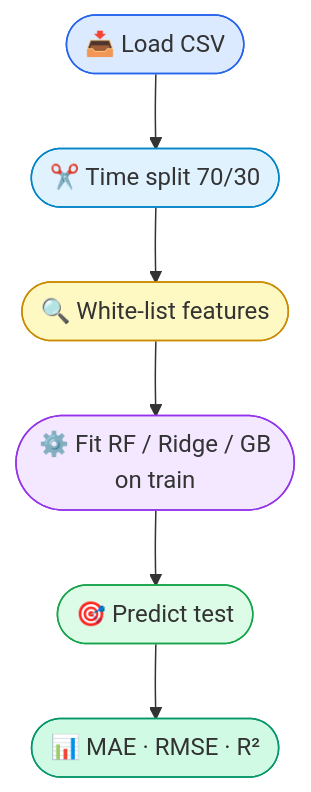
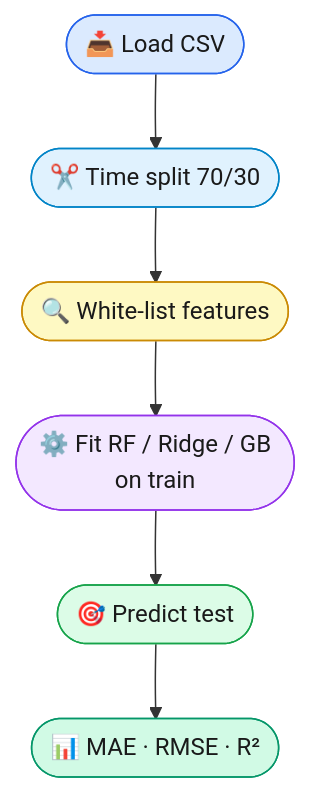
The third of 7 diagrams in README.md (Misha-42/soda-ml-carbonation-control), drawn with Mermaid before and after one commit. The commit also changed other lines of this file, not shown here.

````diff
--- a/README.md
+++ b/README.md
@@ -101,15 +101,15 @@
 ```mermaid
 graph TB
     A([📥 Load CSV]) --> B([✂️ Time split 70/30])
     B --> C([🔍 White-list features])
     C --> D([⚙️ Fit RF / Ridge / GB\non train])
     D --> E([🎯 Predict test])
     E --> F([📊 MAE · RMSE · R²])
 
-    style A fill:#dbeafe,stroke:#2563eb
-    style B fill:#e0f2fe,stroke:#0284c7
-    style C fill:#fef9c3,stroke:#ca8a04
-    style D fill:#f3e8ff,stroke:#9333ea
-    style E fill:#dcfce7,stroke:#16a34a
-    style F fill:#d1fae5,stroke:#059669
+    style A fill:#dbeafe,stroke:#2563eb,color:#1a1a1a
+    style B fill:#e0f2fe,stroke:#0284c7,color:#1a1a1a
+    style C fill:#fef9c3,stroke:#ca8a04,color:#1a1a1a
+    style D fill:#f3e8ff,stroke:#9333ea,color:#1a1a1a
+    style E fill:#dcfce7,stroke:#16a34a,color:#1a1a1a
+    style F fill:#d1fae5,stroke:#059669,color:#1a1a1a
 ```
````
